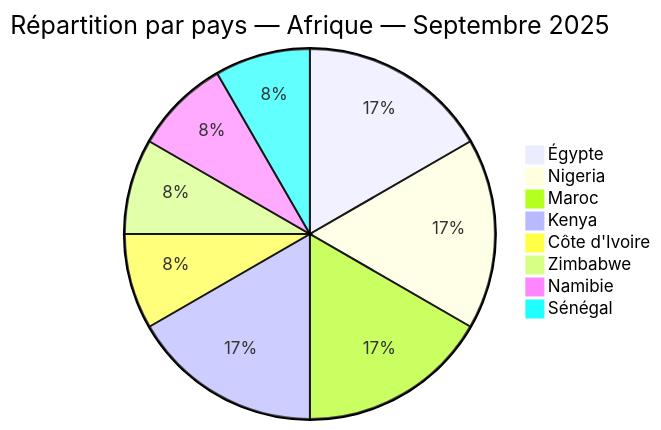
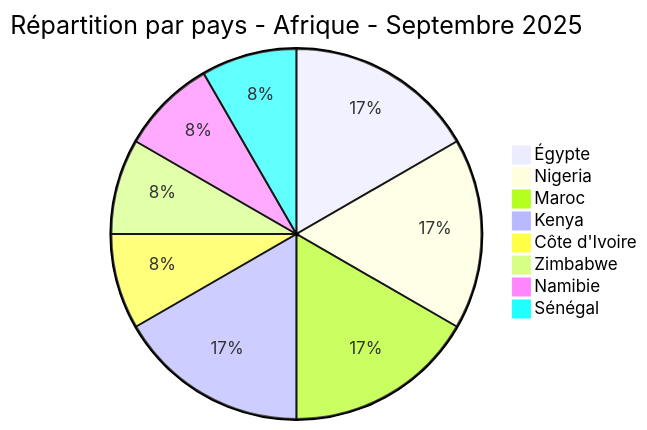
One commit to Hatchepsoute/AFRINTEL changed the second of 5 diagrams in 2025/september/report/README_FR.md. Above: the diagram before and after it, drawn with Mermaid. The commit also changed other lines of this file, not shown here.

Commit message:
Rapport de cyberttaque Septembre 2025 - versions FR/EN & rapport CTI Janvier et Février 2026

````diff
--- a/2025/september/report/README_FR.md
+++ b/2025/september/report/README_FR.md
@@ -77,12 +75,11 @@
 ```mermaid
-pie
-title Répartition par pays — Afrique — Septembre 2025
+pie title Répartition par pays - Afrique - Septembre 2025
 "Égypte" : 2
 "Nigeria" : 2
 "Maroc" : 2
 "Kenya" : 2
 "Côte d'Ivoire" : 1
 "Zimbabwe" : 1
 "Namibie" : 1
 "Sénégal" : 1
 ```
````
